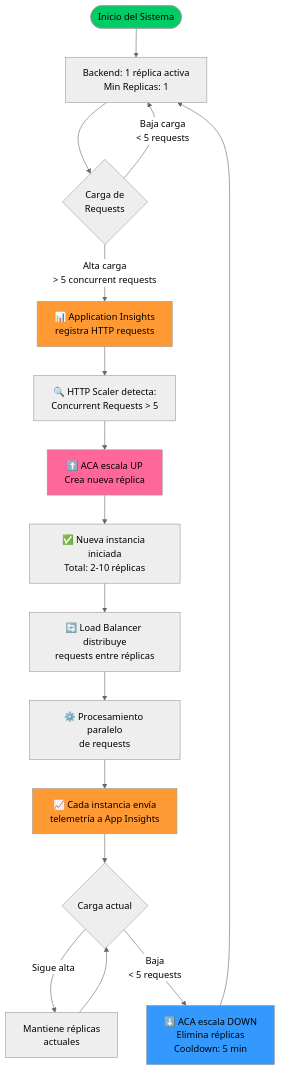
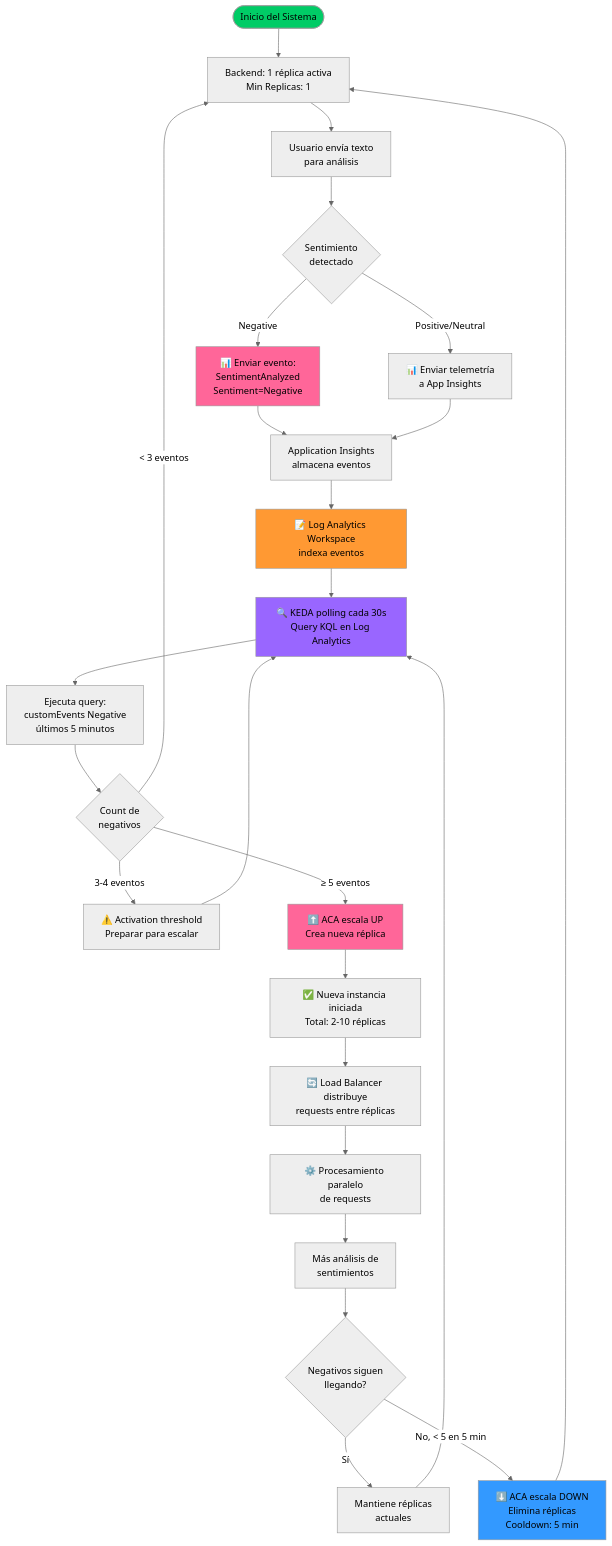
The third of 10 diagrams in ARCHITECTURE.md (ramonsolorio/sentiment-analizer-app), drawn with Mermaid (neutral theme) before and after one commit. The commit also changed other lines of this file and 3 other files, not shown here.

Commit message:
Add KEDA Log Analytics setup documentation and update README for event-driven scaling

````diff
--- a/ARCHITECTURE.md
+++ b/ARCHITECTURE.md
@@ -127,38 +127,56 @@
 ```mermaid
 graph TD
     START([Inicio del Sistema]) --> IDLE[Backend: 1 réplica activa<br/>Min Replicas: 1]
     
-    IDLE --> LOAD{Carga de<br/>Requests}
+    IDLE --> ANALYZE[Usuario envía texto<br/>para análisis]
     
-    LOAD -->|Baja carga<br/>< 5 requests| IDLE
-    LOAD -->|Alta carga<br/>> 5 concurrent requests| APPINSIGHTS_CHECK
+    ANALYZE --> DETECT_SENTIMENT{Sentimiento<br/>detectado}
     
-    APPINSIGHTS_CHECK[📊 Application Insights<br/>registra HTTP requests] --> SCALER_DETECT
+    DETECT_SENTIMENT -->|Positive/Neutral| SEND_TELEMETRY[📊 Enviar telemetría<br/>a App Insights]
+    DETECT_SENTIMENT -->|Negative| SEND_NEGATIVE
     
-    SCALER_DETECT[🔍 HTTP Scaler detecta:<br/>Concurrent Requests > 5] --> SCALE_UP
+    SEND_NEGATIVE[📊 Enviar evento:<br/>SentimentAnalyzed<br/>Sentiment=Negative] --> APPINSIGHTS_STORE
+    SEND_TELEMETRY --> APPINSIGHTS_STORE
+    
+    APPINSIGHTS_STORE[Application Insights<br/>almacena eventos] --> LOG_ANALYTICS
+    
+    LOG_ANALYTICS[📝 Log Analytics Workspace<br/>indexa eventos] --> KEDA_POLL
+    
+    KEDA_POLL[🔍 KEDA polling cada 30s<br/>Query KQL en Log Analytics] --> RUN_QUERY
+    
+    RUN_QUERY[Ejecuta query:<br/>customEvents Negative<br/>últimos 5 minutos] --> CHECK_COUNT
+    
+    CHECK_COUNT{Count de<br/>negativos}
+    
+    CHECK_COUNT -->|< 3 eventos| IDLE
+    CHECK_COUNT -->|3-4 eventos| ACTIVATION[⚠️ Activation threshold<br/>Preparar para escalar]
+    CHECK_COUNT -->|≥ 5 eventos| SCALE_UP
+    
+    ACTIVATION --> KEDA_POLL
     
     SCALE_UP[⬆️ ACA escala UP<br/>Crea nueva réplica] --> NEW_INSTANCE
     
     NEW_INSTANCE[✅ Nueva instancia iniciada<br/>Total: 2-10 réplicas] --> DISTRIBUTE
     
     DISTRIBUTE[🔄 Load Balancer distribuye<br/>requests entre réplicas] --> PROCESS
     
-    PROCESS[⚙️ Procesamiento paralelo<br/>de requests] --> TELEMETRY
+    PROCESS[⚙️ Procesamiento paralelo<br/>de requests] --> MORE_ANALYSIS
     
-    TELEMETRY[📈 Cada instancia envía<br/>telemetría a App Insights] --> CHECK_LOAD
+    MORE_ANALYSIS[Más análisis de<br/>sentimientos] --> CHECK_SENTIMENT
     
-    CHECK_LOAD{Carga actual}
+    CHECK_SENTIMENT{Negativos siguen<br/>llegando?}
     
-    CHECK_LOAD -->|Sigue alta| MAINTAIN[Mantiene réplicas<br/>actuales]
-    CHECK_LOAD -->|Baja<br/>< 5 requests| SCALE_DOWN
+    CHECK_SENTIMENT -->|Sí| MAINTAIN[Mantiene réplicas<br/>actuales]
+    CHECK_SENTIMENT -->|No, < 5 en 5 min| SCALE_DOWN
     
     SCALE_DOWN[⬇️ ACA escala DOWN<br/>Elimina réplicas<br/>Cooldown: 5 min] --> IDLE
     
-    MAINTAIN --> CHECK_LOAD
+    MAINTAIN --> KEDA_POLL
     
     style START fill:#00cc66
+    style SEND_NEGATIVE fill:#ff6699
     style SCALE_UP fill:#ff6699
     style SCALE_DOWN fill:#3399ff
-    style APPINSIGHTS_CHECK fill:#ff9933
-    style TELEMETRY fill:#ff9933
+    style LOG_ANALYTICS fill:#ff9933
+    style KEDA_POLL fill:#9966ff
 ```
````
